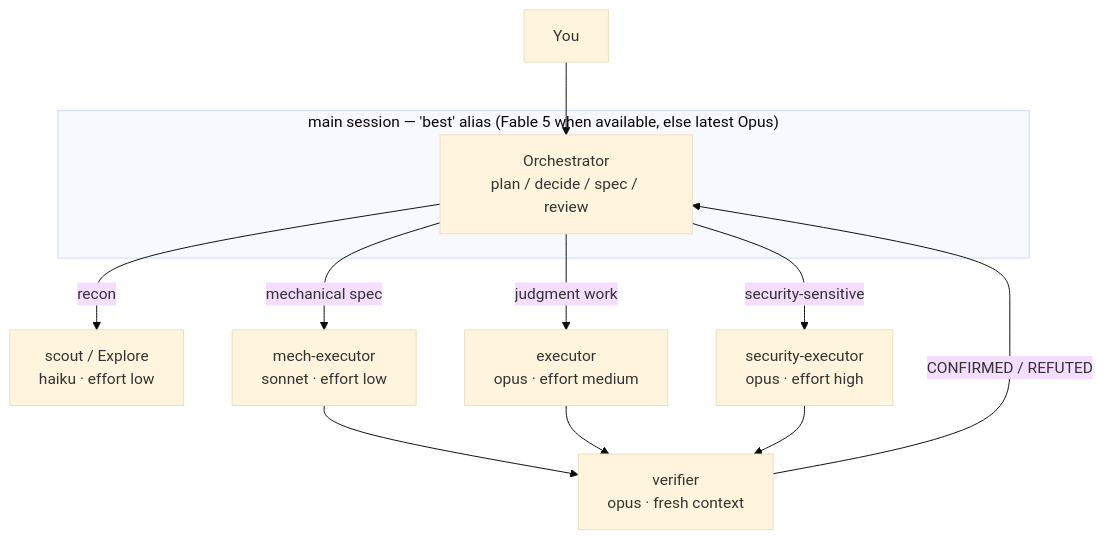
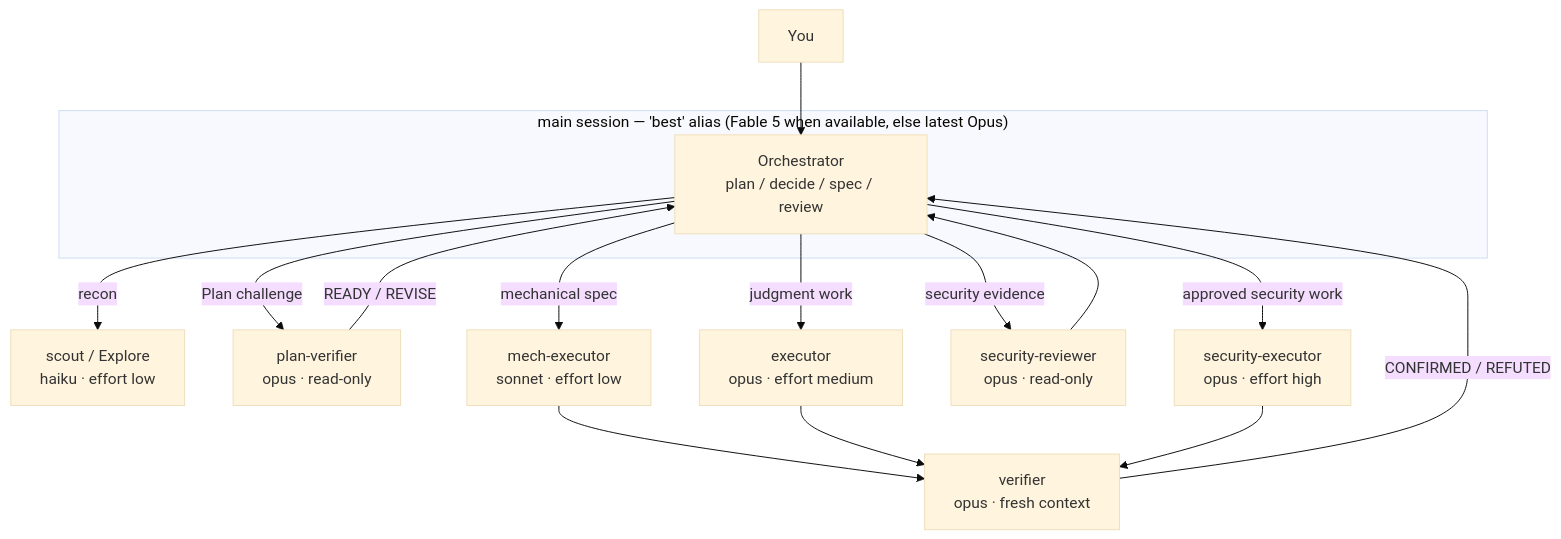
The diagram in README.md (trionnemesis/pilotfish), drawn with Mermaid (base theme) before and after one commit. The commit also changed other lines of this file and 17 other files, not shown here.

Commit message:
fix(orchestration): enforce read-only approval gates

````diff
--- a/README.md
+++ b/README.md
@@ -57,15 +57,19 @@
 ```mermaid
 flowchart TD
     U[You] --> O
     subgraph MAIN["main session — 'best' alias (Fable 5 when available, else latest Opus)"]
         O["Orchestrator<br>plan / decide / spec / review"]
     end
     O -->|recon| S["scout / Explore<br>haiku · effort low"]
+    O -->|Plan challenge| PV["plan-verifier<br>opus · read-only"]
+    PV -->|READY / REVISE| O
     O -->|mechanical spec| M["mech-executor<br>sonnet · effort low"]
     O -->|judgment work| E["executor<br>opus · effort medium"]
-    O -->|security-sensitive| SEC["security-executor<br>opus · effort high"]
+    O -->|security evidence| SR["security-reviewer<br>opus · read-only"]
+    SR --> O
+    O -->|approved security work| SEC["security-executor<br>opus · effort high"]
     M --> V["verifier<br>opus · fresh context"]
     E --> V
     SEC --> V
     V -->|CONFIRMED / REFUTED| O
 ```
````
